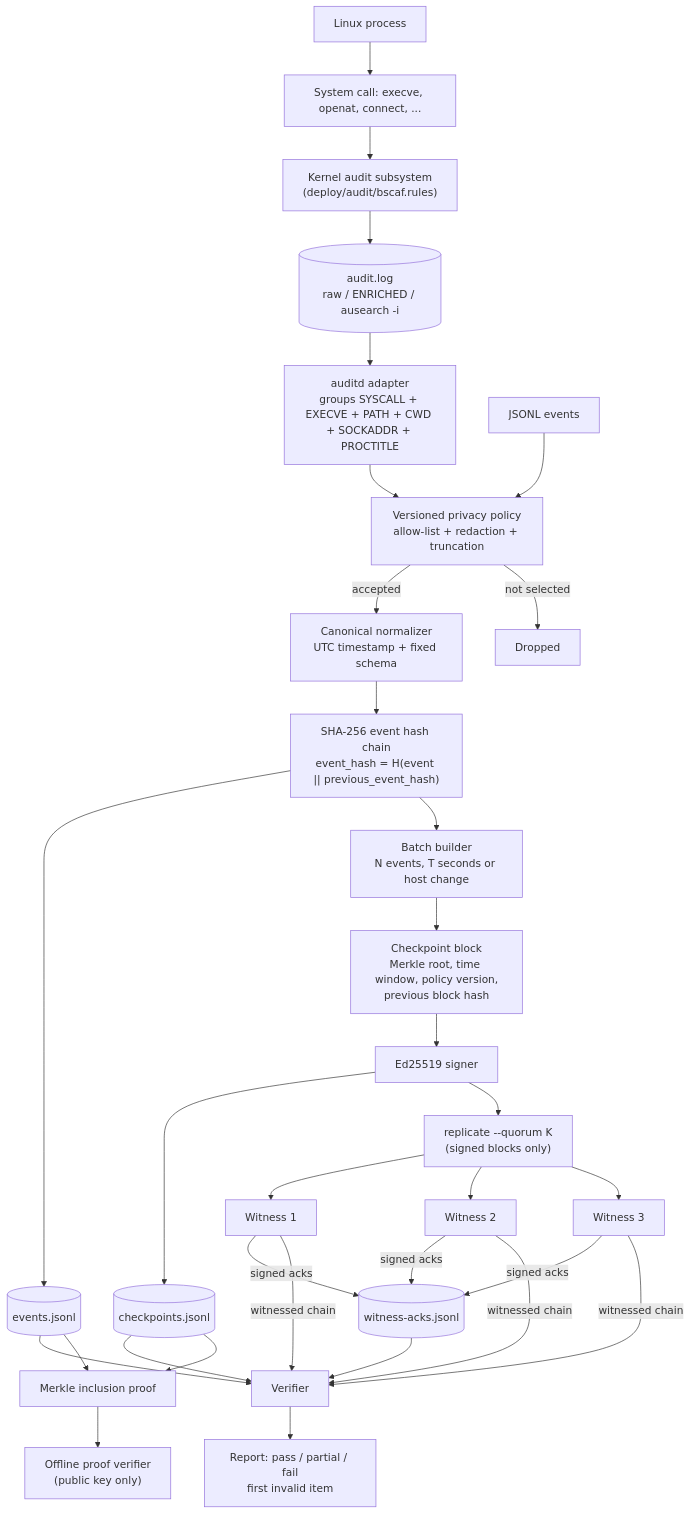
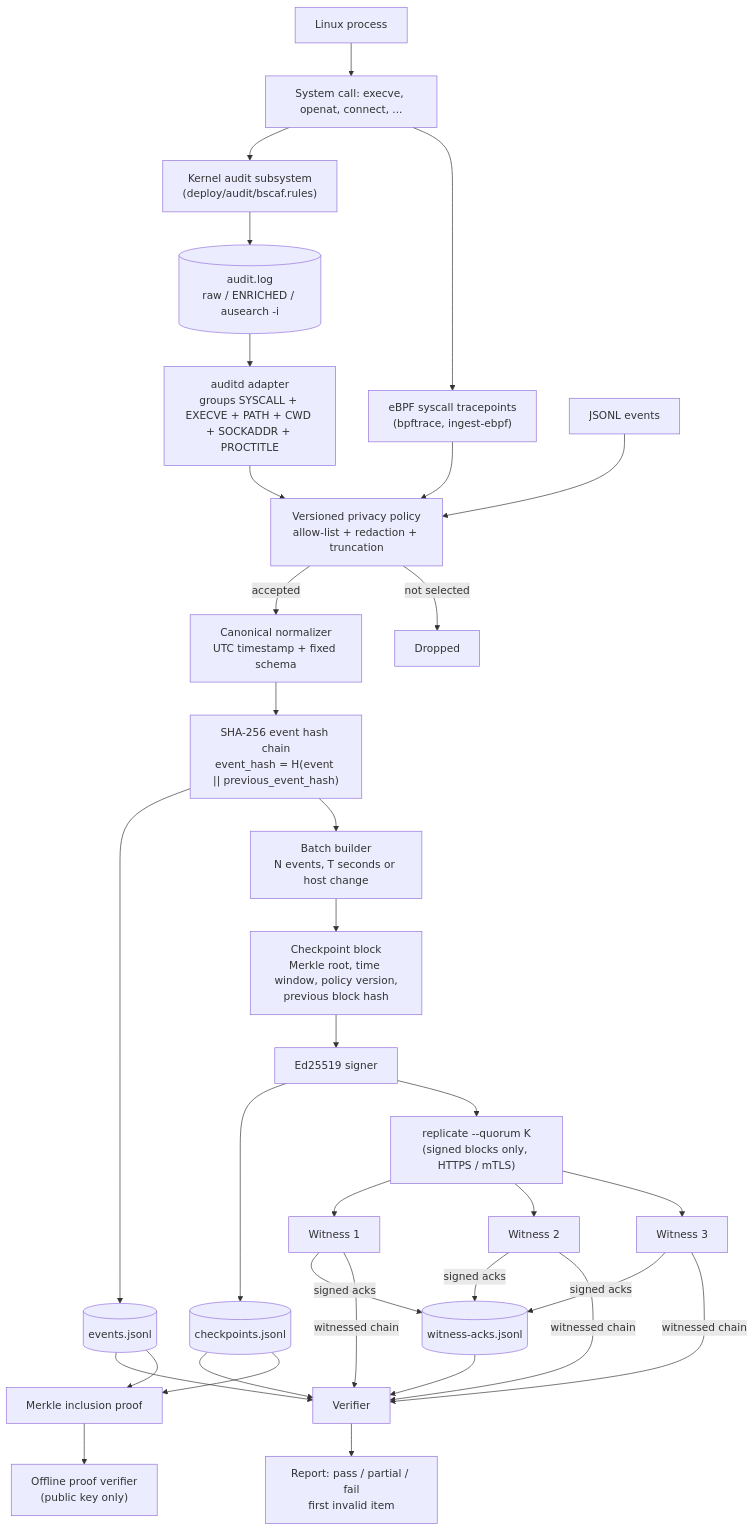
The diagram in docs/ARCHITECTURE_AND_DEMO.md (AdityaVKochar/os_block), drawn with Mermaid before and after one commit. The commit also changed other lines of this file and 5 other files, not shown here.

````diff
--- a/docs/ARCHITECTURE_AND_DEMO.md
+++ b/docs/ARCHITECTURE_AND_DEMO.md
@@ -17,25 +17,27 @@
 ```mermaid
 flowchart TB
     P["Linux process"] --> SC["System call: execve, openat, connect, ..."]
     SC --> K["Kernel audit subsystem\n(deploy/audit/bscaf.rules)"]
+    SC --> BPF["eBPF syscall tracepoints\n(bpftrace, ingest-ebpf)"]
+    BPF --> POL
     K --> LOG[("audit.log\nraw / ENRICHED / ausearch -i")]
     LOG --> C["auditd adapter\ngroups SYSCALL + EXECVE + PATH + CWD + SOCKADDR + PROCTITLE"]
     J["JSONL events"] --> POL
     C --> POL["Versioned privacy policy\nallow-list + redaction + truncation"]
     POL -->|"accepted"| N["Canonical normalizer\nUTC timestamp + fixed schema"]
     POL -->|"not selected"| DROP["Dropped"]
     N --> HC["SHA-256 event hash chain\nevent_hash = H(event || previous_event_hash)"]
     HC --> ES[("events.jsonl")]
     HC --> MB["Batch builder\nN events, T seconds or host change"]
     MB --> CP["Checkpoint block\nMerkle root, time window, policy version,\nprevious block hash"]
     CP --> SIG["Ed25519 signer"]
     SIG --> CS[("checkpoints.jsonl")]
-    SIG --> REP["replicate --quorum K\n(signed blocks only)"]
+    SIG --> REP["replicate --quorum K\n(signed blocks only, HTTPS / mTLS)"]
     REP --> W1["Witness 1"] & W2["Witness 2"] & W3["Witness 3"]
     W1 & W2 & W3 -->|"signed acks"| ACK[("witness-acks.jsonl")]
     ES & CS --> V["Verifier"]
     W1 & W2 & W3 -->|"witnessed chain"| V
     ACK --> V
     V --> R["Report: pass / partial / fail\nfirst invalid item"]
     ES & CS --> PR["Merkle inclusion proof"] --> OV["Offline proof verifier\n(public key only)"]
 ```
````
